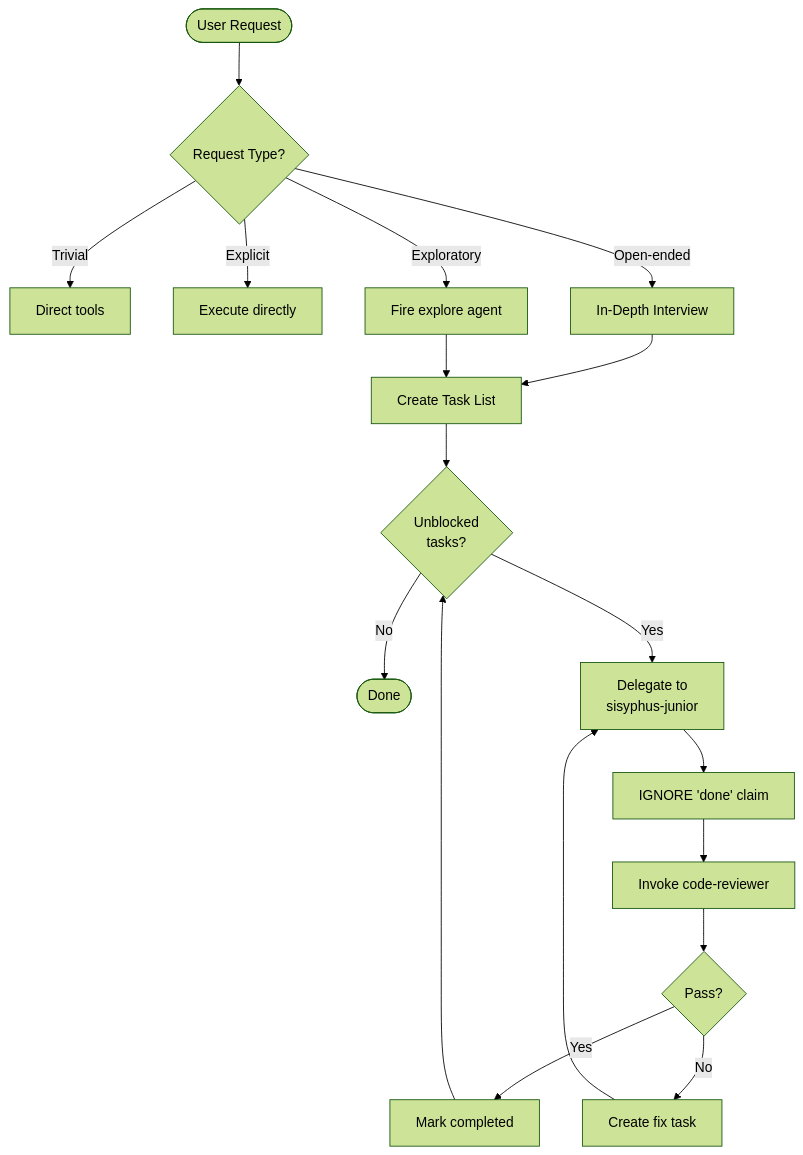
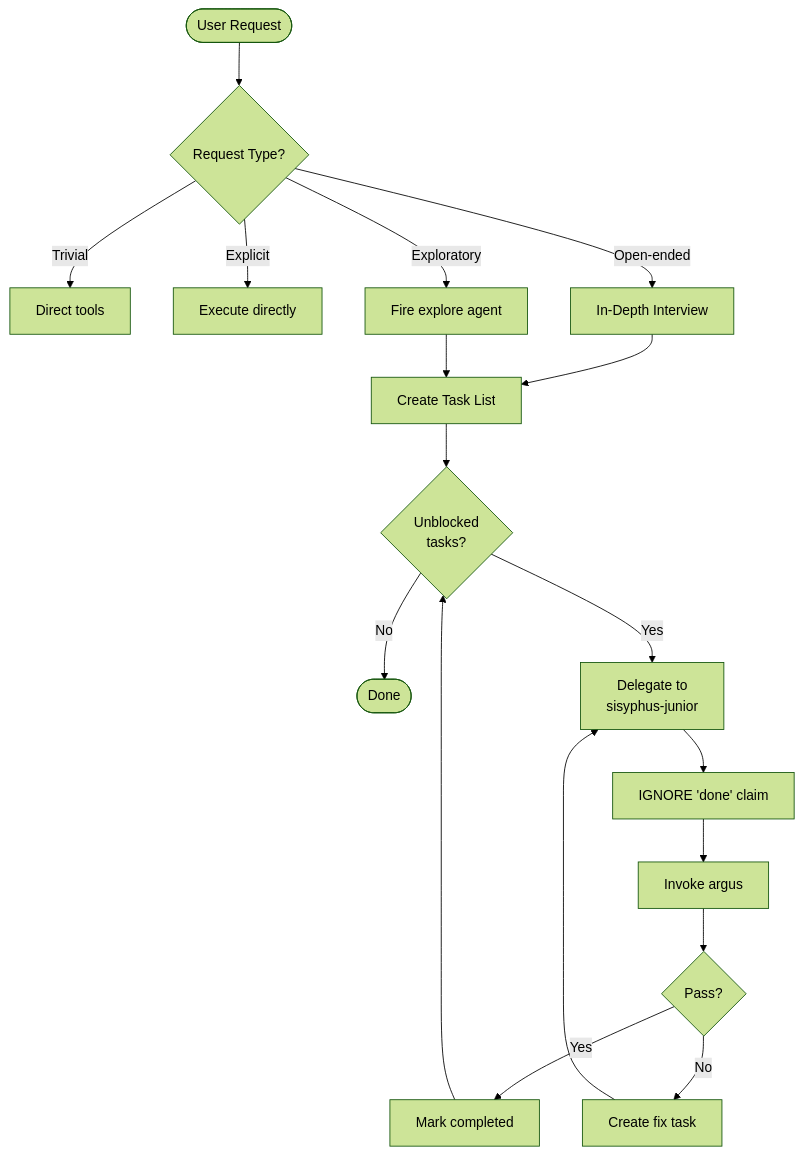
One commit to toongri/oh-my-toong-playground changed the fourth of 5 diagrams in README.en.md. Above: the diagram before and after it, drawn with Mermaid (forest theme). The commit also changed other lines of this file and 15 other files, not shown here.

````diff
--- a/README.en.md
+++ b/README.en.md
@@ -142,22 +142,22 @@
 ```mermaid
 flowchart TB
     Start([User Request]) --> Classify{Request Type?}
     Classify -->|Trivial| Direct[Direct tools]
     Classify -->|Explicit| Execute[Execute directly]
     Classify -->|Exploratory| Explore[Fire explore agent]
     Classify -->|Open-ended| Interview[In-Depth Interview]
 
     Interview --> Tasks[Create Task List]
     Explore --> Tasks
 
     Tasks --> Loop{Unblocked<br/>tasks?}
     Loop -->|No| Done([Done])
     Loop -->|Yes| Delegate[Delegate to<br/>sisyphus-junior]
     Delegate --> Ignore[IGNORE 'done' claim]
-    Ignore --> Review[Invoke code-reviewer]
+    Ignore --> Review[Invoke argus]
     Review --> Pass{Pass?}
     Pass -->|Yes| Complete[Mark completed]
     Pass -->|No| Fix[Create fix task]
     Fix --> Delegate
     Complete --> Loop
 ```
````
